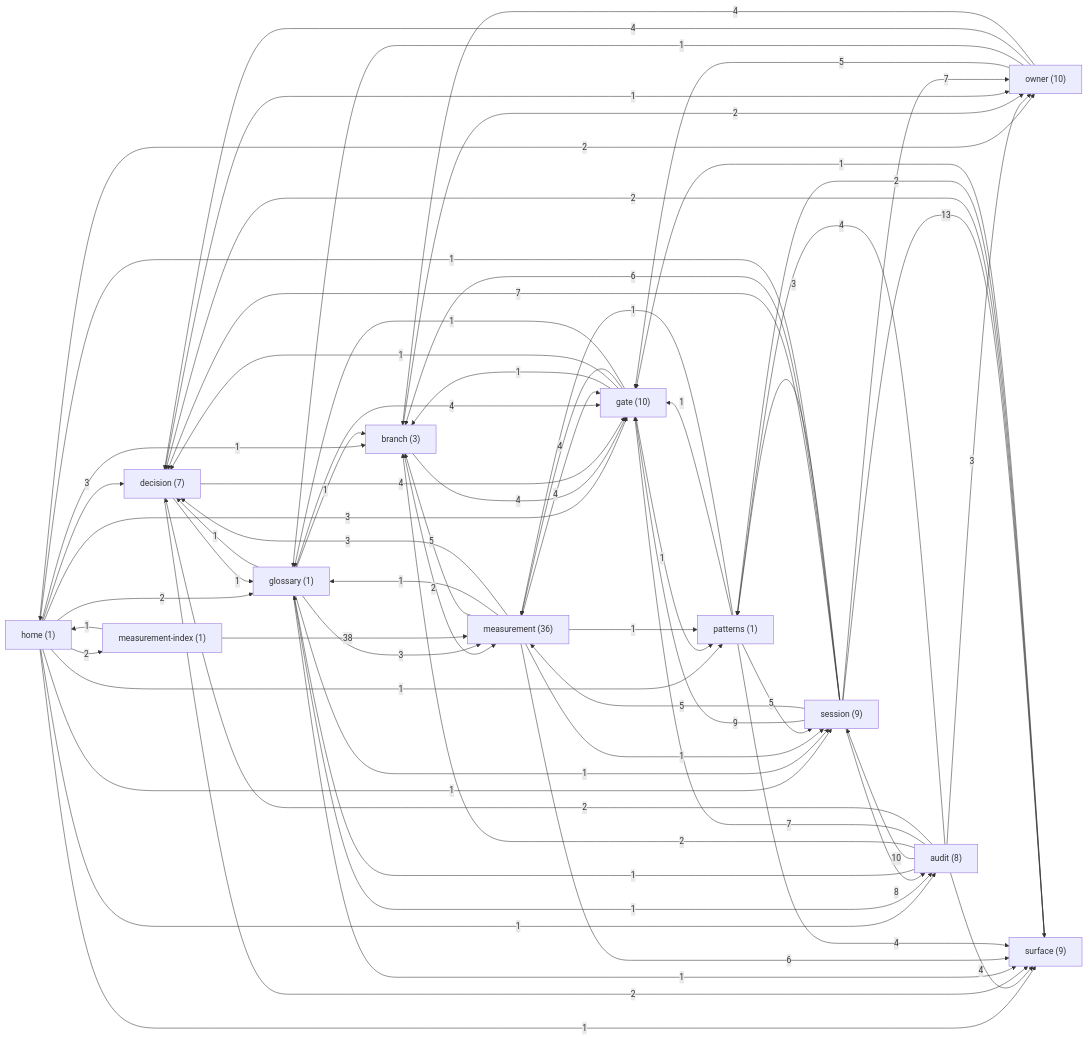
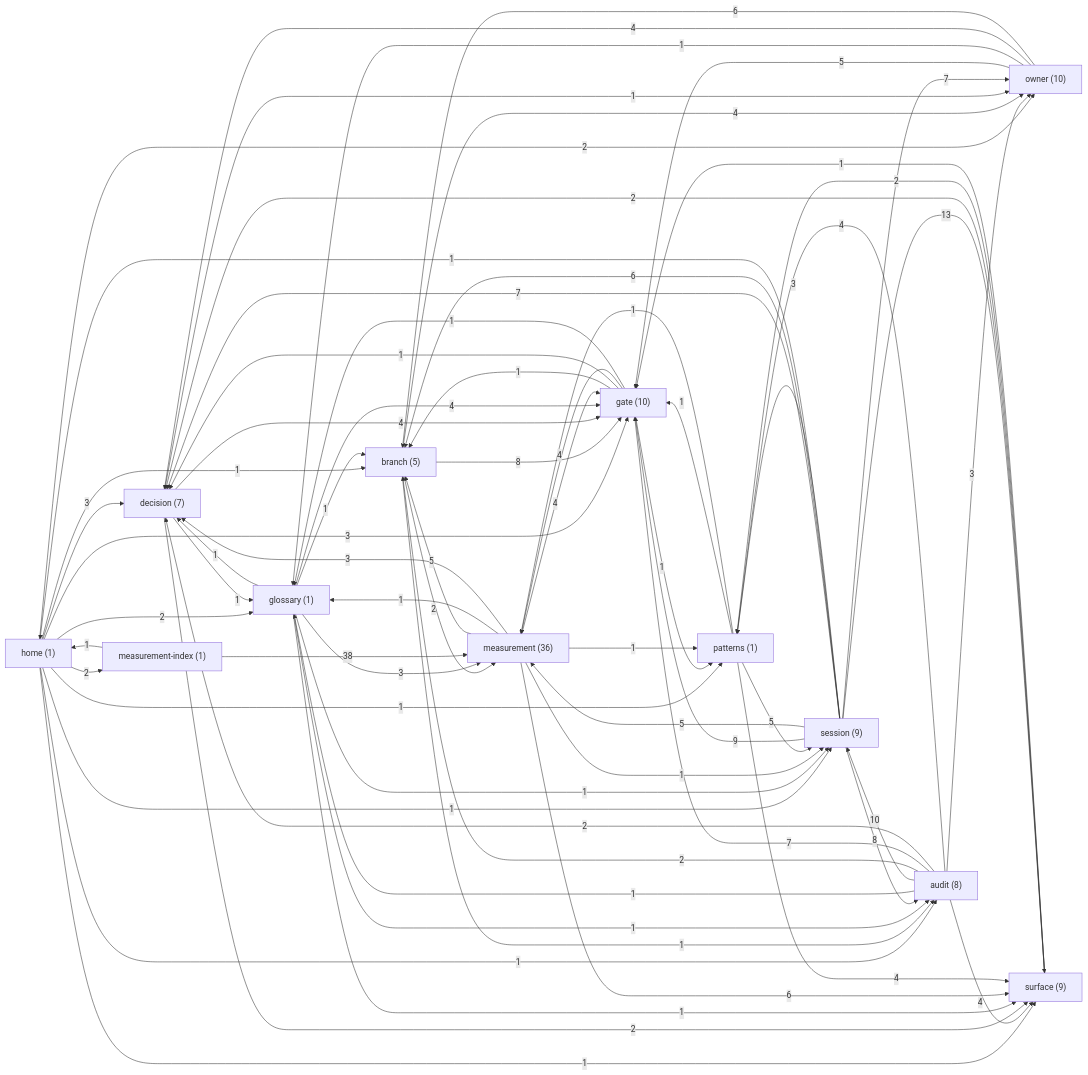
The diagram in docs/brain/GRAPH.md (sergey9519546/STORYMACHINE), drawn with Mermaid before and after one commit. The commit also changed other lines of this file and 5 other files, not shown here.

First line of the commit message:
docs(brain): the two feature-length scoring branches get their notes, and the owner's order on main matches the branch

````diff
--- a/docs/brain/GRAPH.md
+++ b/docs/brain/GRAPH.md
@@ -9,81 +9,82 @@
 ```mermaid
 graph LR
   home["home (1)"]
   audit["audit (8)"]
-  branch["branch (3)"]
+  branch["branch (5)"]
   decision["decision (7)"]
   gate["gate (10)"]
   glossary["glossary (1)"]
   measurement["measurement (36)"]
   measurement_index["measurement-index (1)"]
   owner["owner (10)"]
   patterns["patterns (1)"]
   session["session (9)"]
   surface["surface (9)"]
   home -->|3| decision
   home -->|2| glossary
   home -->|3| gate
   home -->|2| measurement_index
   home -->|2| owner
   home -->|1| surface
   home -->|1| session
   home -->|1| audit
   home -->|1| branch
   home -->|1| patterns
   audit -->|1| glossary
   audit -->|10| session
   audit -->|2| branch
   audit -->|7| gate
   audit -->|2| decision
   audit -->|4| patterns
   audit -->|3| owner
   audit -->|4| surface
   branch -->|2| measurement
-  branch -->|4| gate
-  branch -->|2| owner
+  branch -->|8| gate
+  branch -->|1| audit
+  branch -->|4| owner
   decision -->|1| glossary
   decision -->|4| gate
   decision -->|2| surface
   decision -->|1| owner
   gate -->|1| branch
   gate -->|1| decision
   gate -->|4| measurement
   gate -->|1| patterns
   gate -->|1| glossary
   glossary -->|1| branch
   glossary -->|3| measurement
   glossary -->|1| surface
   glossary -->|4| gate
   glossary -->|1| session
   glossary -->|1| decision
   glossary -->|1| audit
   measurement -->|5| branch
   measurement -->|4| gate
   measurement -->|1| glossary
   measurement -->|1| session
   measurement -->|3| decision
   measurement -->|1| patterns
   measurement -->|6| surface
   measurement_index -->|1| home
   measurement_index -->|38| measurement
   owner -->|5| gate
   owner -->|1| glossary
   owner -->|4| decision
-  owner -->|4| branch
+  owner -->|6| branch
   patterns -->|5| session
   patterns -->|4| surface
   patterns -->|1| gate
   patterns -->|1| measurement
   session -->|9| gate
   session -->|8| audit
   session -->|5| measurement
   session -->|7| decision
   session -->|13| surface
   session -->|6| branch
   session -->|1| home
   session -->|3| patterns
   session -->|7| owner
   surface -->|2| decision
   surface -->|2| patterns
   surface -->|1| gate
 ```
````
